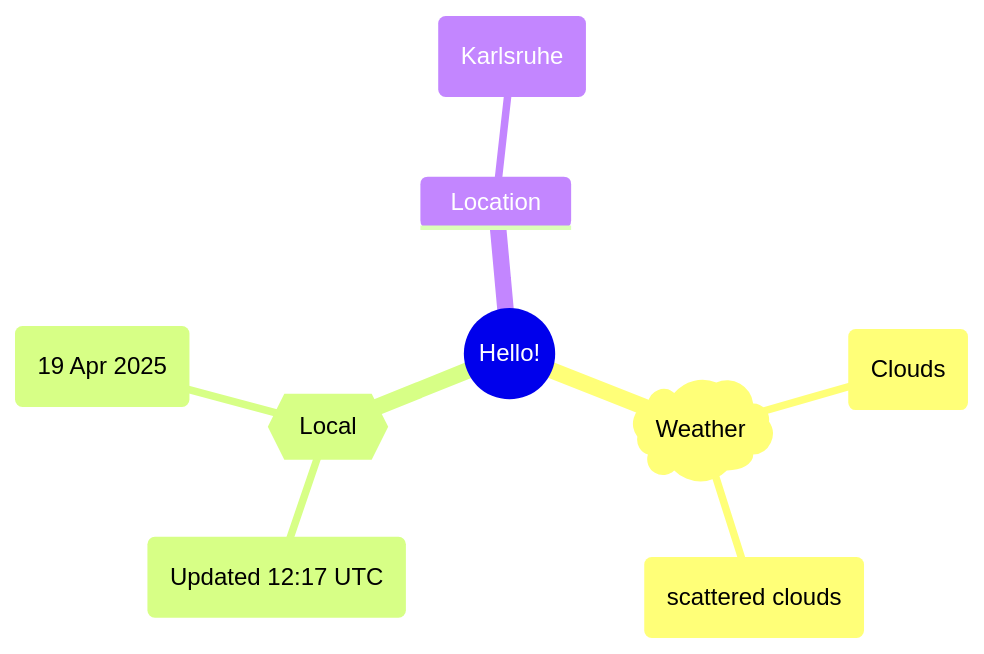
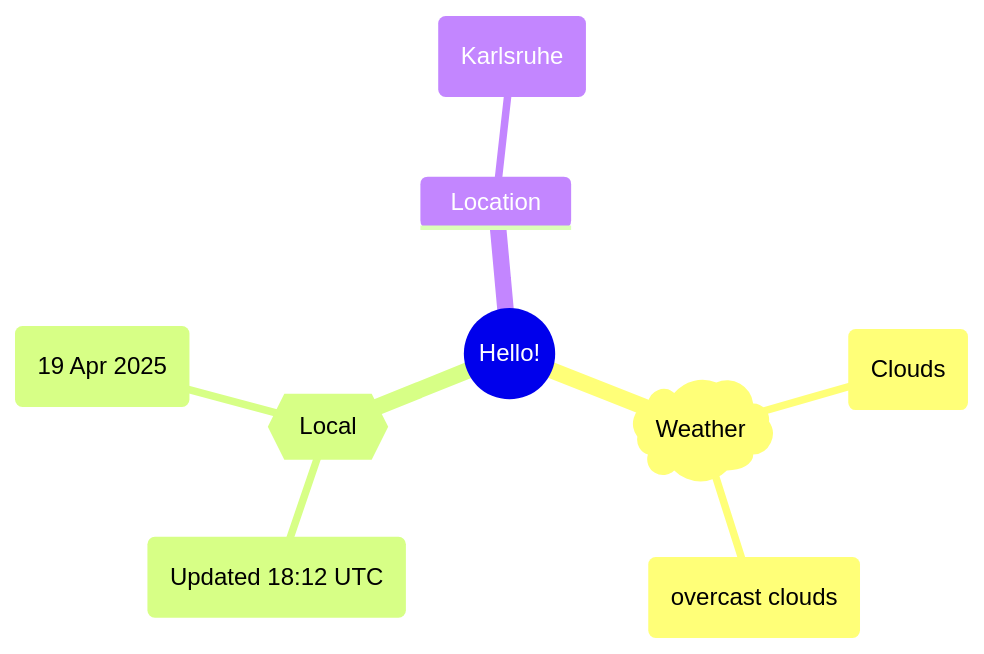
One commit to Xosrov/Xosrov changed the first of 2 diagrams in README.md. Above: the diagram before and after it, drawn with Mermaid.

Commit message:
[bot] updated images

````diff
--- a/README.md
+++ b/README.md
@@ -3,12 +3,12 @@
 ```mermaid
 mindmap
   root((Hello!))
     )Weather(
         (Clouds)
-        (scattered clouds)
+        (overcast clouds)
     {{Local}}
-        (Updated 12:17 UTC)
+        (Updated 18:12 UTC)
         (19 Apr 2025)
     Location
         (Karlsruhe)
 ```
````
